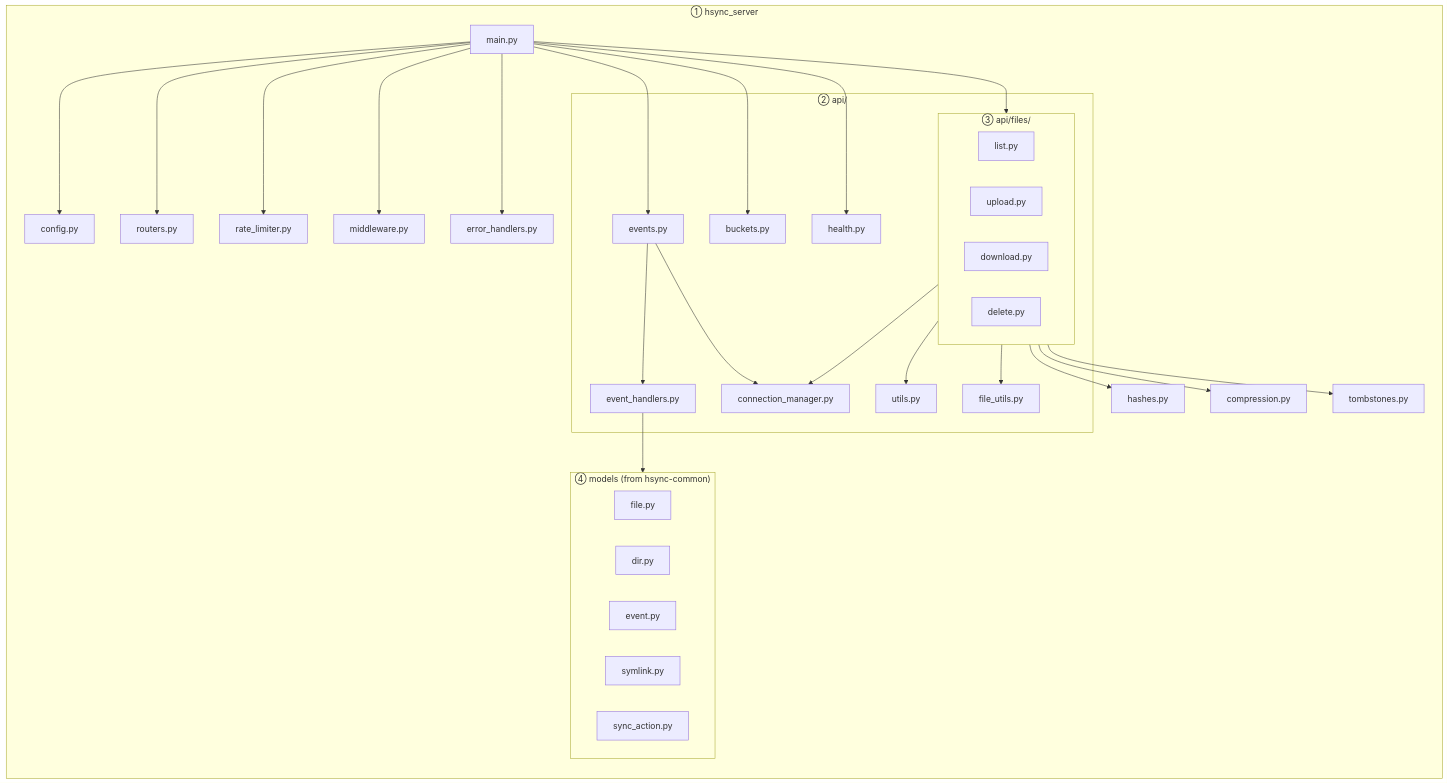
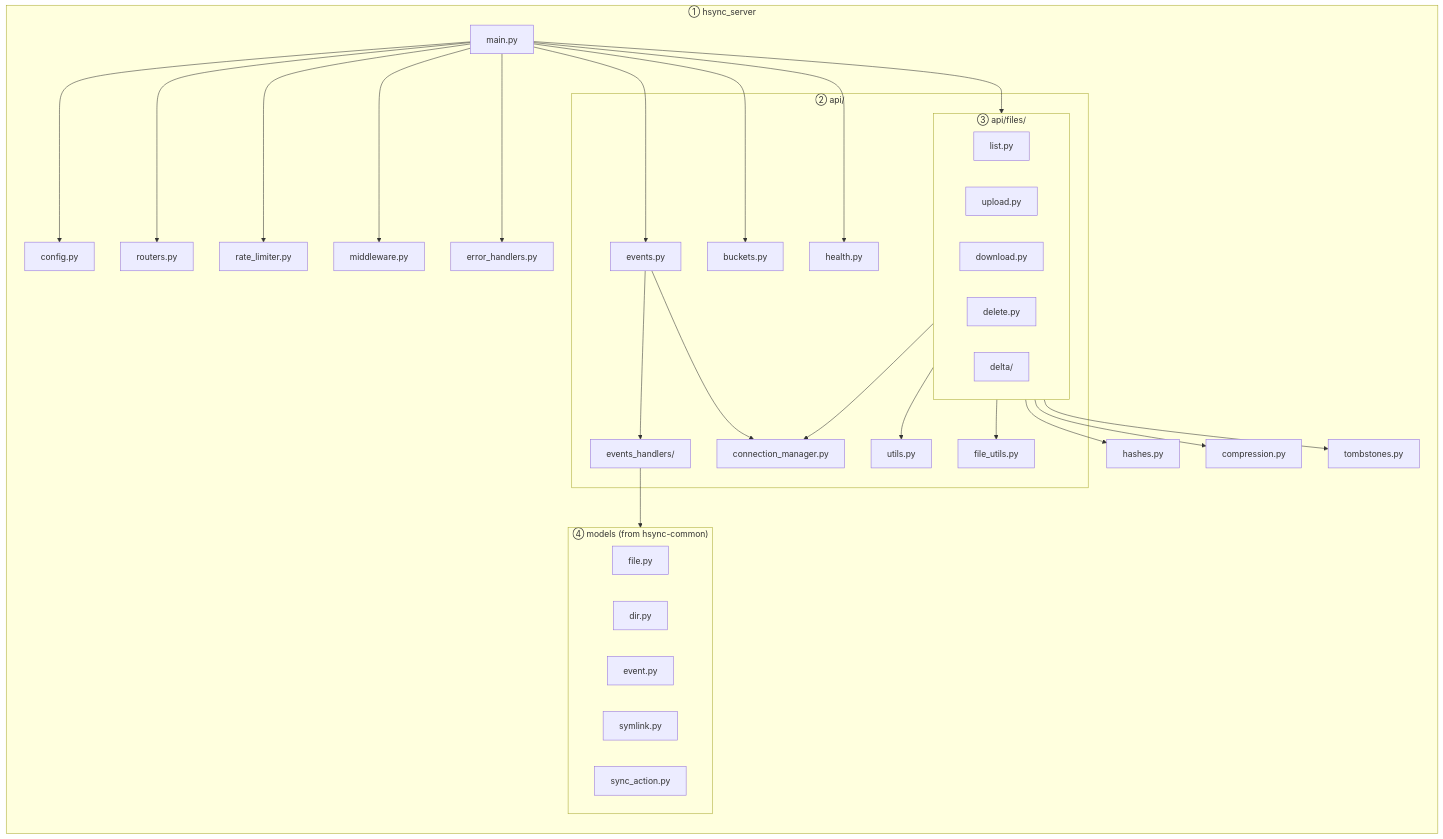
The diagram in docs/internal/developer.md (albertsdk/hsync-server), drawn with Mermaid before and after one commit. The commit also changed other lines of this file and 5 other files, not shown here.

````diff
--- a/docs/internal/developer.md
+++ b/docs/internal/developer.md
@@ -38,60 +38,61 @@
 ```mermaid
 graph LR
     subgraph Core["① hsync_server"]
         main[main.py]
         config[config.py]
         routers[routers.py]
         hashes[hashes.py]
         rate_limiter[rate_limiter.py]
         middleware[middleware.py]
         error_handlers[error_handlers.py]
         compression[compression.py]
         tombstones[tombstones.py]
 
         subgraph Api["② api/"]
             events[events.py]
-            event_handlers[event_handlers.py]
+            event_handlers[events_handlers/]
             buckets[buckets.py]
             health[health.py]
             connmgr[connection_manager.py]
             utils[utils.py]
             file_utils[file_utils.py]
 
             subgraph FilesPkg["③ api/files/"]
                 flist[list.py]
                 fupload[upload.py]
                 fdownload[download.py]
                 fdelete[delete.py]
+                fdelta[delta/]
             end
         end
 
         subgraph Models["④ models (from hsync-common)"]
             file[file.py]
             dir[dir.py]
             event[event.py]
             symlink[symlink.py]
             sync_action[sync_action.py]
         end
     end
 
     main --> config
     main --> routers
     main --> rate_limiter
     main --> middleware
     main --> error_handlers
     main --> events
     main --> FilesPkg
     main --> buckets
     main --> health
 
     FilesPkg --> utils
     FilesPkg --> file_utils
     FilesPkg --> hashes
     FilesPkg --> compression
     FilesPkg --> tombstones
     FilesPkg --> connmgr
 
     events --> event_handlers
     events --> connmgr
     event_handlers --> Models
 ```
````
